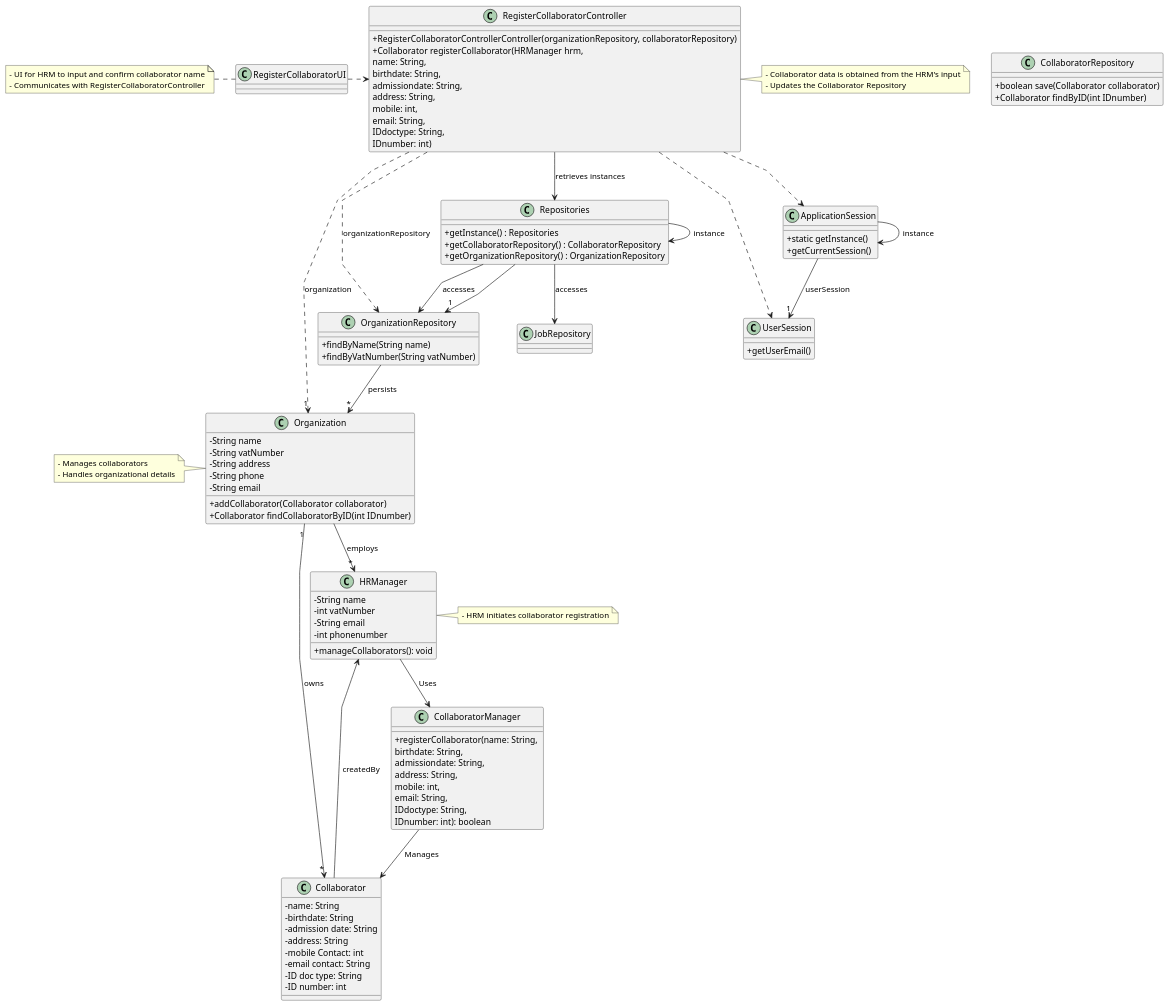
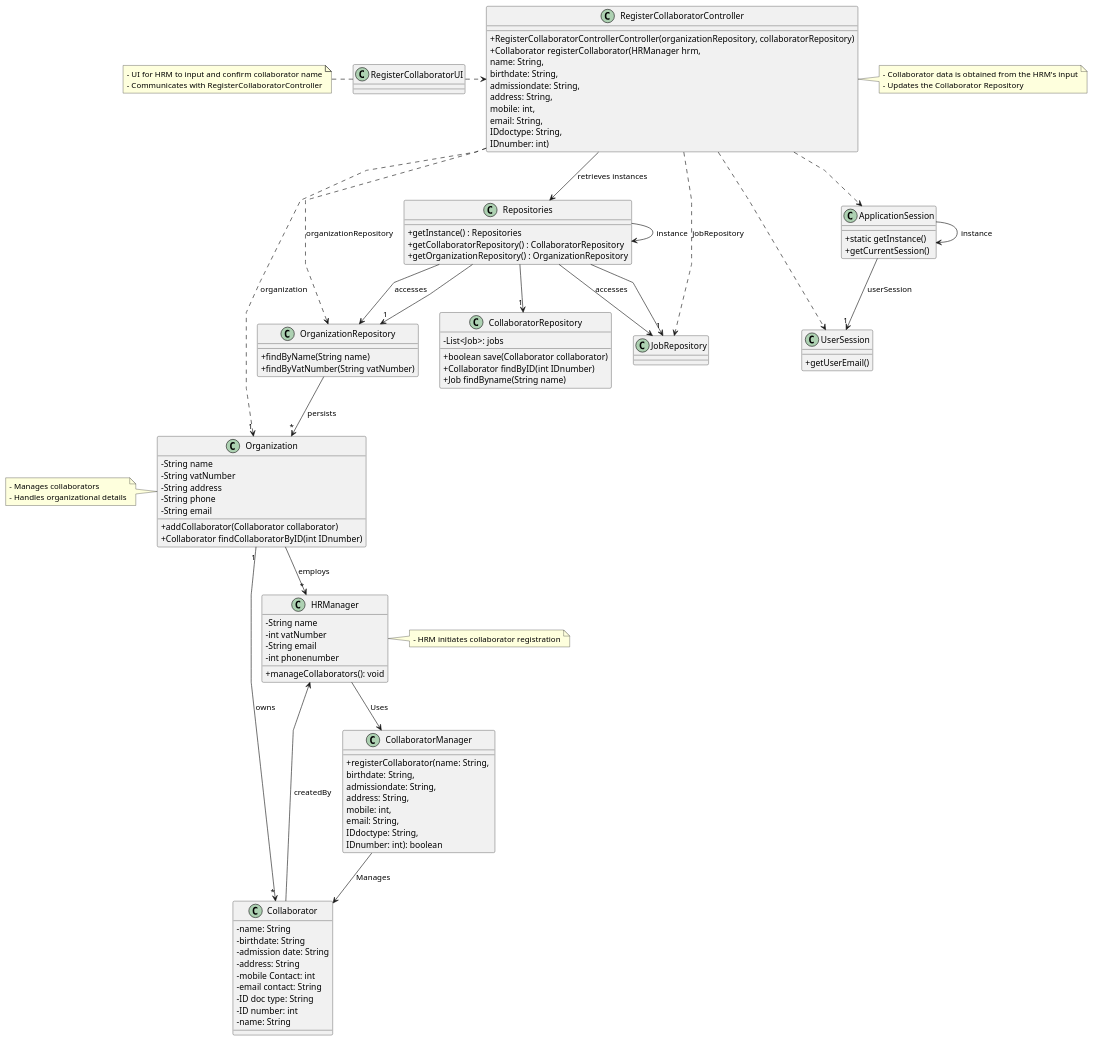
Before and after one commit to tiagosoa/lei-24-s2-1dgh-g073: the diagram in docs/sprint2/us003/03.design/puml/us003-class-diagram.puml, drawn with PlantUML. The commit also changed 33 other files, not shown here.

```diff
--- a/docs/sprint2/us003/03.design/puml/us003-class-diagram.puml
+++ b/docs/sprint2/us003/03.design/puml/us003-class-diagram.puml
@@ -1,128 +1,140 @@
 @startuml
  'skinparam monochrome true
  skinparam packageStyle rectangle
  skinparam shadowing false
  skinparam linetype polyline
  'skinparam linetype orto
 
  skinparam classAttributeIconSize 0
 
  'left to right direction
 
  class ApplicationSession
  {
      + static getInstance()
      + getCurrentSession()
  }
 
  class UserSession
  {
      + getUserEmail()
  }
 
 class Collaborator {
     - name: String
     - birthdate: String
     - admission date: String
     - address: String
     - mobile Contact: int
     - email contact: String
     - ID doc type: String
     - ID number: int
 }
 
+class Collaborator {
+    - name: String
+}
+
  class CollaboratorManager {
      + registerCollaborator(name: String, \nbirthdate: String, \nadmissiondate: String, \naddress: String, \nmobile: int, \nemail: String, \nIDdoctype: String, \nIDnumber: int): boolean
  }
 
  class CollaboratorRepository {
    + boolean save(Collaborator collaborator)
    + Collaborator findByID(int IDnumber)
  }
+
+  class CollaboratorRepository {
+    - List<Job>: jobs
+    + Job findByname(String name)
+  }
 
  class Organization {
    - String name
    - String vatNumber
    - String address
    - String phone
    - String email
    + addCollaborator(Collaborator collaborator)
    + Collaborator findCollaboratorByID(int IDnumber)
  }
 
  class OrganizationRepository {
    + findByName(String name)
    + findByVatNumber(String vatNumber)
  }
 
  class Repositories {
    + getInstance() : Repositories
    + getCollaboratorRepository() : CollaboratorRepository
    + getOrganizationRepository() : OrganizationRepository
  }
 
  class RegisterCollaboratorController {
    + RegisterCollaboratorControllerController(organizationRepository, collaboratorRepository)
    + Collaborator registerCollaborator(HRManager hrm, \nname: String, \nbirthdate: String, \nadmissiondate: String, \naddress: String, \nmobile: int, \nemail: String, \nIDdoctype: String, \nIDnumber: int)
  }
 
  class RegisterCollaboratorUI {
 
  }
 
  class HRManager {
     - String name
     - int vatNumber
     - String email
     - int phonenumber
      + manageCollaborators(): void
  }
 
  CollaboratorManager --> Collaborator: Manages
  HRManager --> CollaboratorManager: Uses
 
  note right of RegisterCollaboratorController
    - Collaborator data is obtained from the HRM's input
    - Updates the Collaborator Repository
  end note
 
  note right of HRManager
    - HRM initiates collaborator registration
  end note
 
  note left of RegisterCollaboratorUI
    - UI for HRM to input and confirm collaborator name
    - Communicates with RegisterCollaboratorController
  end note
 
  note left of Organization
    - Manages collaborators
    - Handles organizational details
  end note
 
  Repositories -> Repositories : instance
  ApplicationSession -> ApplicationSession : instance
 
  RegisterCollaboratorUI .> RegisterCollaboratorController
 
  RegisterCollaboratorController -down-> Repositories : retrieves instances
 
  Repositories -down-> JobRepository : accesses
  Repositories -down-> OrganizationRepository : accesses
 
  RegisterCollaboratorController ..> OrganizationRepository : organizationRepository
+ RegisterCollaboratorController ..> JobRepository : jobRepository
 
  Repositories --> "1" OrganizationRepository
+ Repositories --> "1" CollaboratorRepository
+ Repositories --> "1" JobRepository
 
  OrganizationRepository --> "*" Organization : persists
  ApplicationSession --> "1" UserSession : userSession
 
  RegisterCollaboratorController ..> "1" Organization : organization
  RegisterCollaboratorController ..> ApplicationSession
  RegisterCollaboratorController ..> UserSession
  Organization "1" --> "*" Collaborator : owns
  Collaborator --> HRManager : createdBy
 
  Organization --> "*" HRManager : employs
 
  @enduml
```
